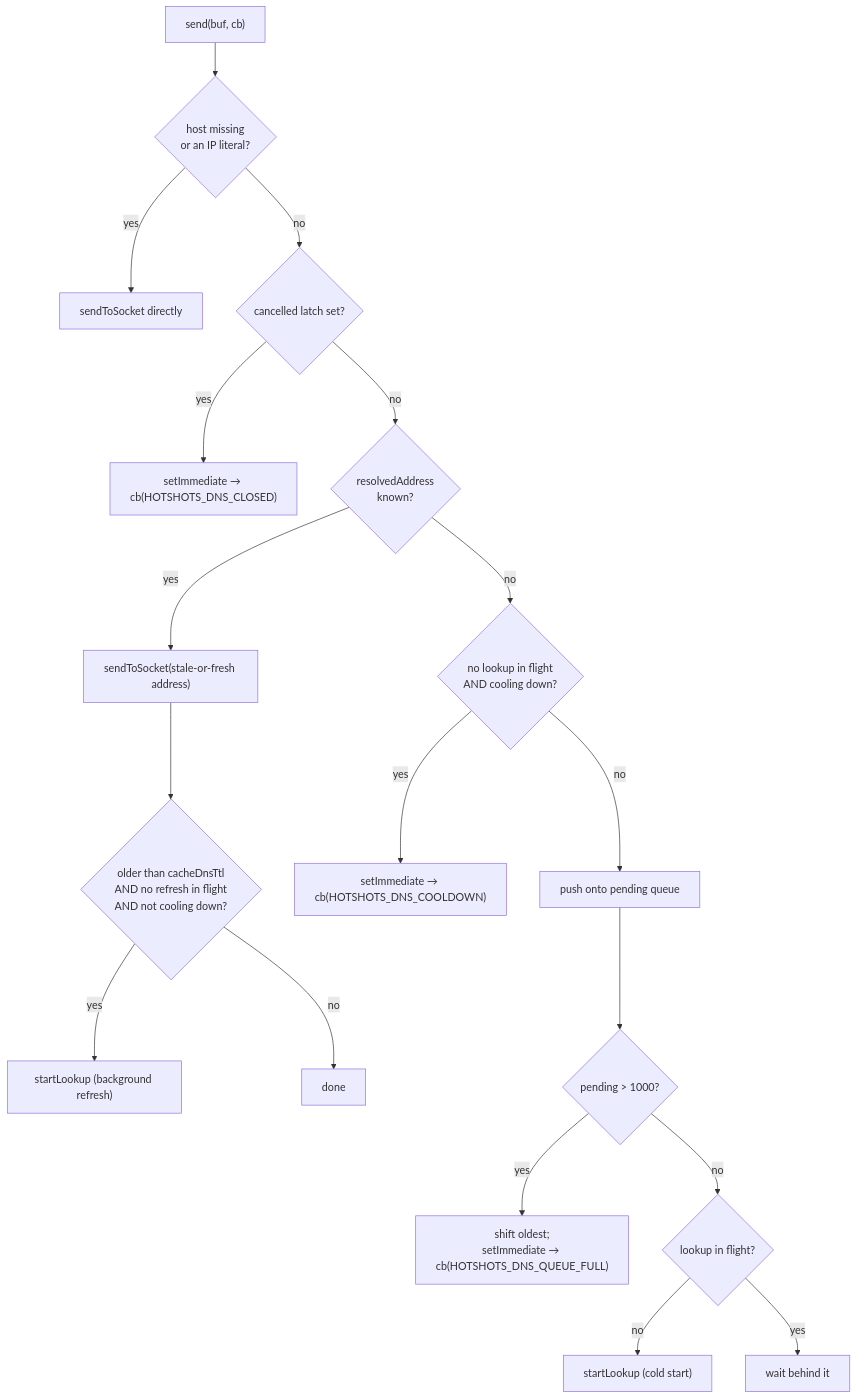
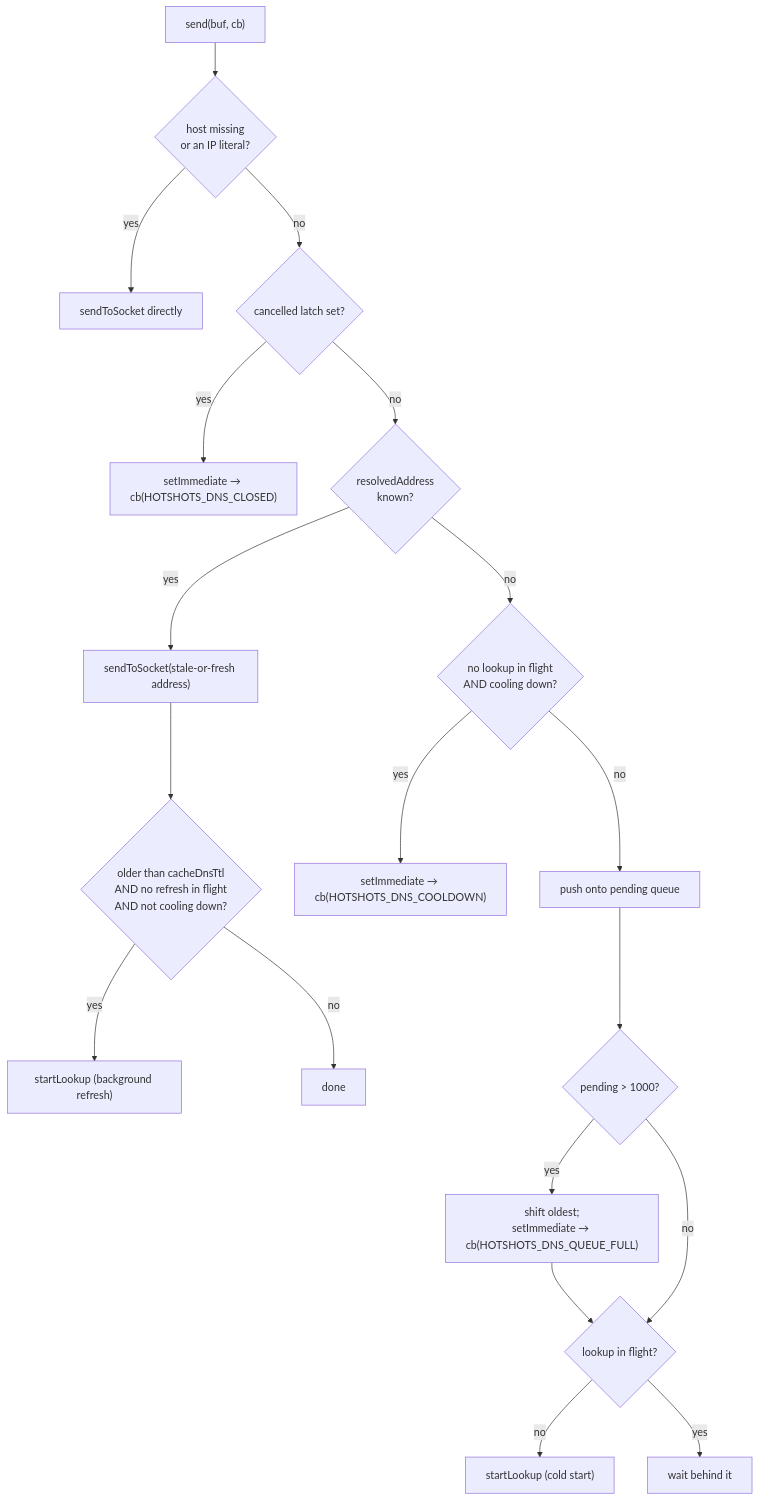
Before and after one commit to bdeitte/hot-shots: the third of 8 diagrams in NETWORKING.md, drawn with Mermaid. The commit also changed other lines of this file, not shown here.

````diff
--- a/NETWORKING.md
+++ b/NETWORKING.md
@@ -91,20 +93,21 @@
 ```mermaid
 flowchart TD
     S["send(buf, cb)"] --> IP{"host missing<br/>or an IP literal?"}
     IP -->|yes| DIRECT["sendToSocket directly"]
     IP -->|no| CANC{"cancelled latch set?"}
     CANC -->|yes| C1["setImmediate → cb(HOTSHOTS_DNS_CLOSED)"]
     CANC -->|no| WARM{"resolvedAddress<br/>known?"}
     WARM -->|yes| W1["sendToSocket(stale-or-fresh address)"]
     W1 --> STALE{"older than cacheDnsTtl<br/>AND no refresh in flight<br/>AND not cooling down?"}
     STALE -->|yes| RL["startLookup (background refresh)"]
     STALE -->|no| DONE["done"]
     WARM -->|no| COOL{"no lookup in flight<br/>AND cooling down?"}
     COOL -->|yes| C2["setImmediate → cb(HOTSHOTS_DNS_COOLDOWN)"]
     COOL -->|no| PUSH["push onto pending queue"]
     PUSH --> TRIM{"pending > 1000?"}
     TRIM -->|yes| C3["shift oldest;<br/>setImmediate → cb(HOTSHOTS_DNS_QUEUE_FULL)"]
-    TRIM -->|no| LK{"lookup in flight?"}
+    C3 --> LK{"lookup in flight?"}
+    TRIM -->|no| LK
     LK -->|no| CL["startLookup (cold start)"]
     LK -->|yes| WAIT["wait behind it"]
 ```
````
